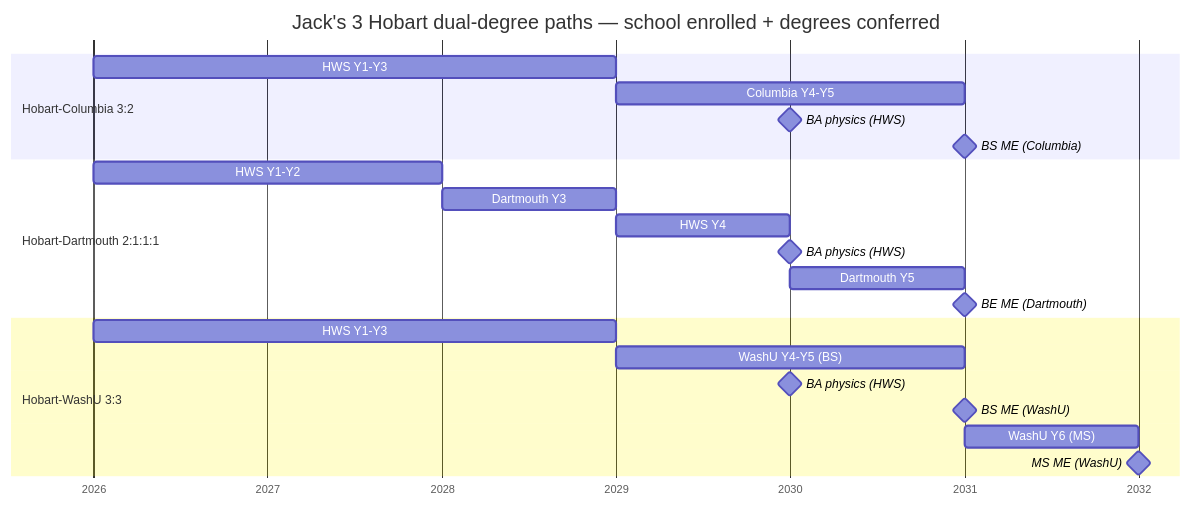
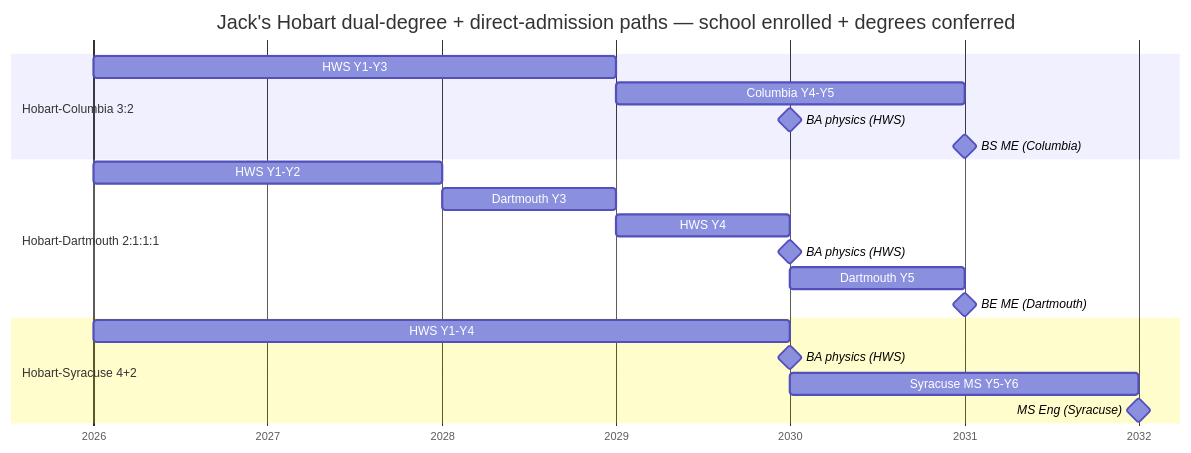
One commit to GaryRudolph/college changed the diagram in hobart-plan.md. Above: the diagram before and after it, drawn with Mermaid. The commit also changed other lines of this file and 8 other files, not shown here.

````diff
--- a/hobart-plan.md
+++ b/hobart-plan.md
@@ -15,25 +15,23 @@
 ```mermaid
 gantt
-  title Jack's 3 Hobart dual-degree paths — school enrolled + degrees conferred
+  title Jack's Hobart dual-degree + direct-admission paths — school enrolled + degrees conferred
   dateFormat  YYYY
   axisFormat  %Y
   section Hobart-Columbia 3:2
   HWS Y1-Y3           :c1, 2026, 3y
   Columbia Y4-Y5      :c2, after c1, 2y
   BA physics (HWS)    :milestone, m2a1, 2030, 0d
   BS ME (Columbia)    :milestone, m2a2, after c2, 0d
   section Hobart-Dartmouth 2:1:1:1
   HWS Y1-Y2           :d1, 2026, 2y
   Dartmouth Y3        :d2, after d1, 1y
   HWS Y4              :d3, after d2, 1y
   BA physics (HWS)    :milestone, m2b1, after d3, 0d
   Dartmouth Y5        :d4, after d3, 1y
   BE ME (Dartmouth)   :milestone, m2b2, after d4, 0d
-  section Hobart-WashU 3:3
-  HWS Y1-Y3           :u1, 2026, 3y
-  WashU Y4-Y5 (BS)    :u2, after u1, 2y
-  BA physics (HWS)    :milestone, m2c1, 2030, 0d
-  BS ME (WashU)       :milestone, m2c2, after u2, 0d
-  WashU Y6 (MS)       :u3, after u2, 1y
-  MS ME (WashU)       :milestone, m2c3, after u3, 0d
+  section Hobart-Syracuse 4+2
+  HWS Y1-Y4           :s1, 2026, 4y
+  BA physics (HWS)    :milestone, m2e1, after s1, 0d
+  Syracuse MS Y5-Y6   :s2, after s1, 2y
+  MS Eng (Syracuse)   :milestone, m2e2, after s2, 0d
 ```
````
